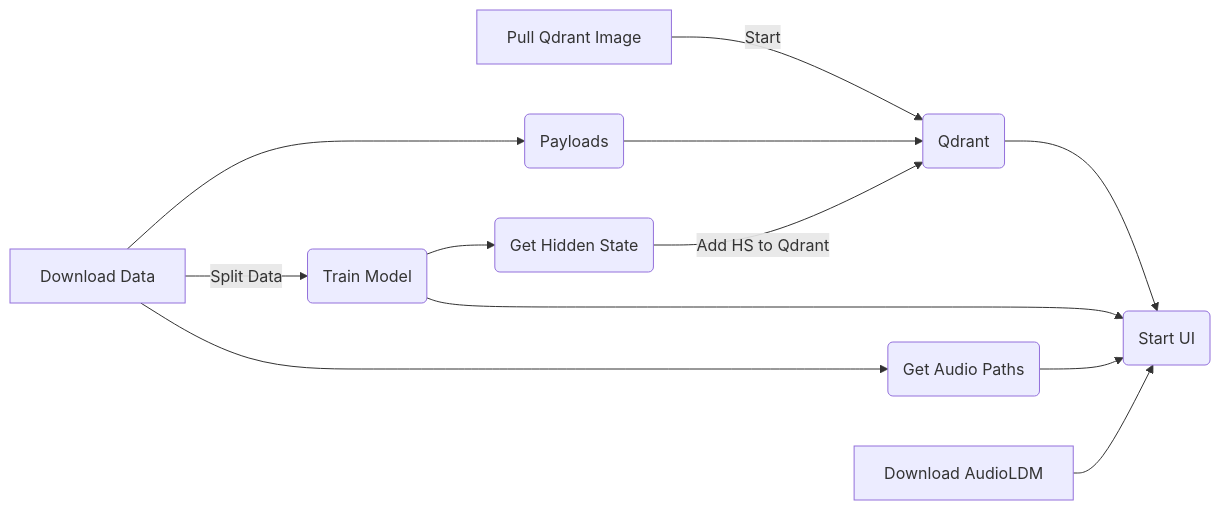
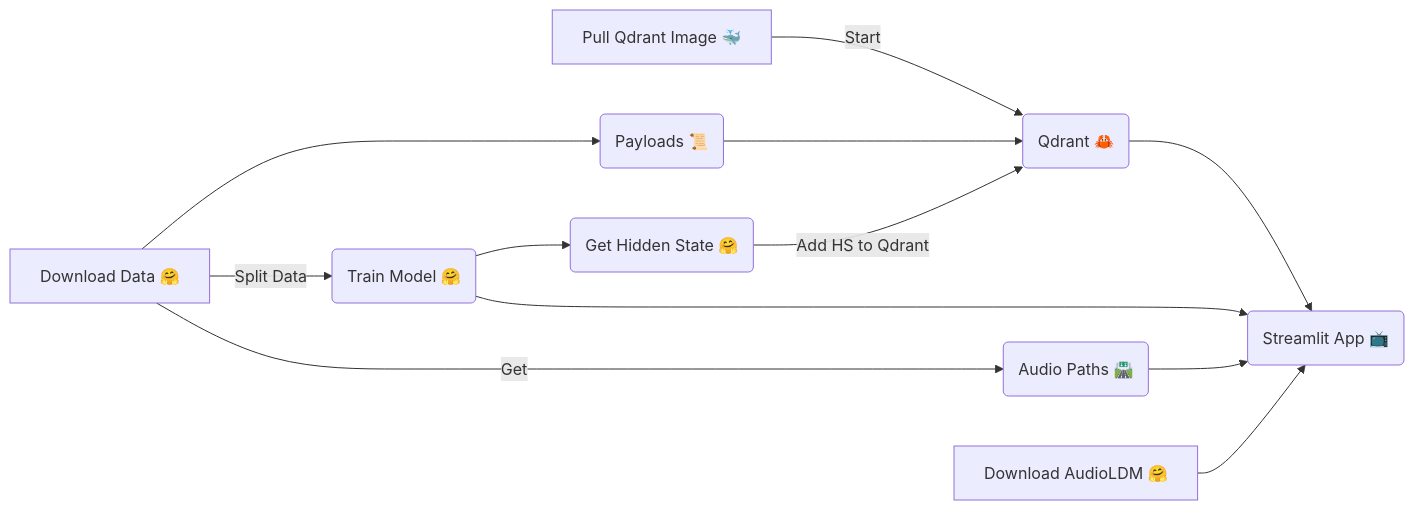
Before and after one commit to ramonpzg/audiodb: the diagram in README.md, drawn with Mermaid.

Commit message:
emojis to mermaid

````diff
--- a/README.md
+++ b/README.md
@@ -17,14 +17,14 @@
 ```mermaid
 flowchart LR
-    J[Pull Qdrant Image] -->|Start| K(Qdrant)
+    J[Pull Qdrant Image 🐳] -->|Start| K(Qdrant 🦀)
     H --> K
-    A[Download Data] -->|Split Data| B(Train Model)
-    B --> C(Get Hidden State)
+    A[Download Data 🤗] -->|Split Data| B(Train Model 🤗)
+    B --> C(Get Hidden State 🤗)
     C -->|Add HS to Qdrant| K
-    K --> D(Start UI)
+    K --> D(Streamlit App 📺)
     B --> D
-    A --> F(Get Audio Paths)
+    A -->|Get| F(Audio Paths 🛣️)
     F --> D
-    G[Download AudioLDM] --> D
-    A --> H(Payloads)
+    G[Download AudioLDM 🤗] --> D
+    A --> H(Payloads 📜)
 ```
````
